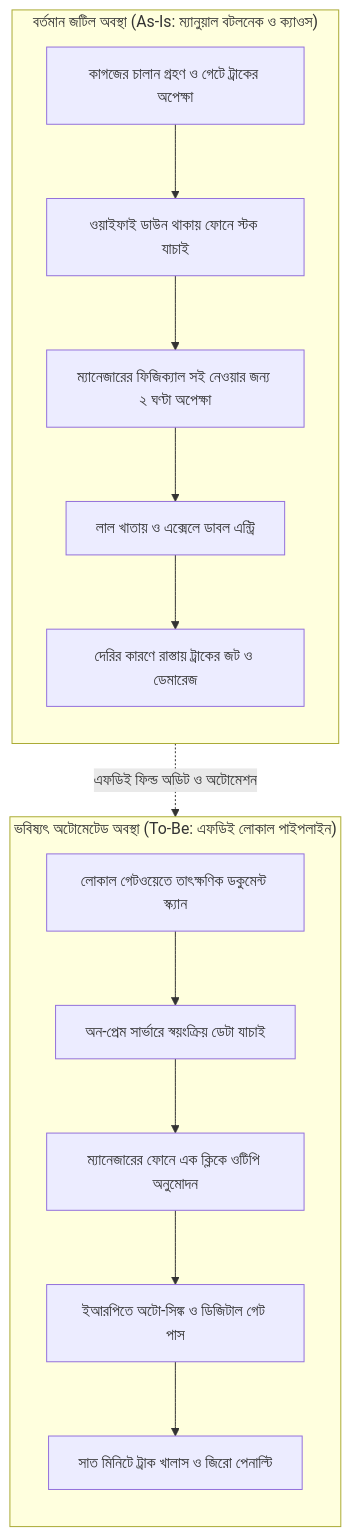
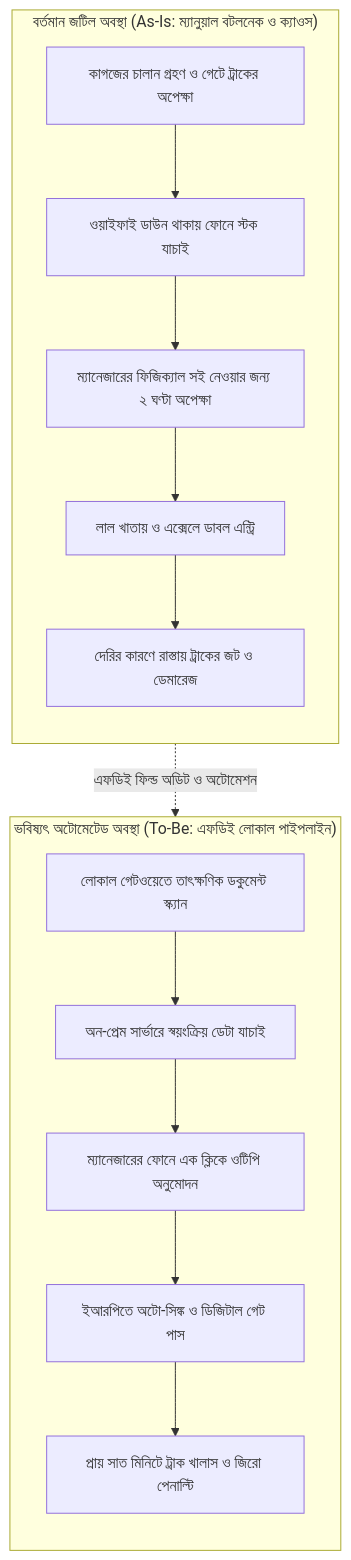
The diagram in docs/chapter-1/index.md (aiwithr/fde_book), drawn with Mermaid before and after one commit. The commit also changed other lines of this file and 9 other files, not shown here.

````diff
--- a/docs/chapter-1/index.md
+++ b/docs/chapter-1/index.md
@@ -132,20 +132,20 @@
 ```mermaid
 flowchart TD
     subgraph AsIs["বর্তমান জটিল অবস্থা (As-Is: ম্যানুয়াল বটলনেক ও ক্যাওস)"]
         direction TB
         A1["কাগজের চালান গ্রহণ ও গেটে ট্রাকের অপেক্ষা"] --> A2["ওয়াইফাই ডাউন থাকায় ফোনে স্টক যাচাই"]
         A2 --> A3["ম্যানেজারের ফিজিক্যাল সই নেওয়ার জন্য ২ ঘণ্টা অপেক্ষা"]
         A3 --> A4["লাল খাতায় ও এক্সেলে ডাবল এন্ট্রি"]
         A4 --> A5["দেরির কারণে রাস্তায় ট্রাকের জট ও ডেমারেজ"]
     end
 
     subgraph ToBe["ভবিষ্যৎ অটোমেটেড অবস্থা (To-Be: এফডিই লোকাল পাইপলাইন)"]
         direction TB
         B1["লোকাল গেটওয়েতে তাৎক্ষণিক ডকুমেন্ট স্ক্যান"] --> B2["অন-প্রেম সার্ভারে স্বয়ংক্রিয় ডেটা যাচাই"]
         B2 --> B3["ম্যানেজারের ফোনে এক ক্লিকে ওটিপি অনুমোদন"]
         B3 --> B4["ইআরপিতে অটো-সিঙ্ক ও ডিজিটাল গেট পাস"]
-        B4 --> B5["সাত মিনিটে ট্রাক খালাস ও জিরো পেনাল্টি"]
+        B4 --> B5["প্রায় সাত মিনিটে ট্রাক খালাস ও জিরো পেনাল্টি"]
     end
 
     AsIs -.->|"এফডিই ফিল্ড অডিট ও অটোমেশন"| ToBe
 ```
````
